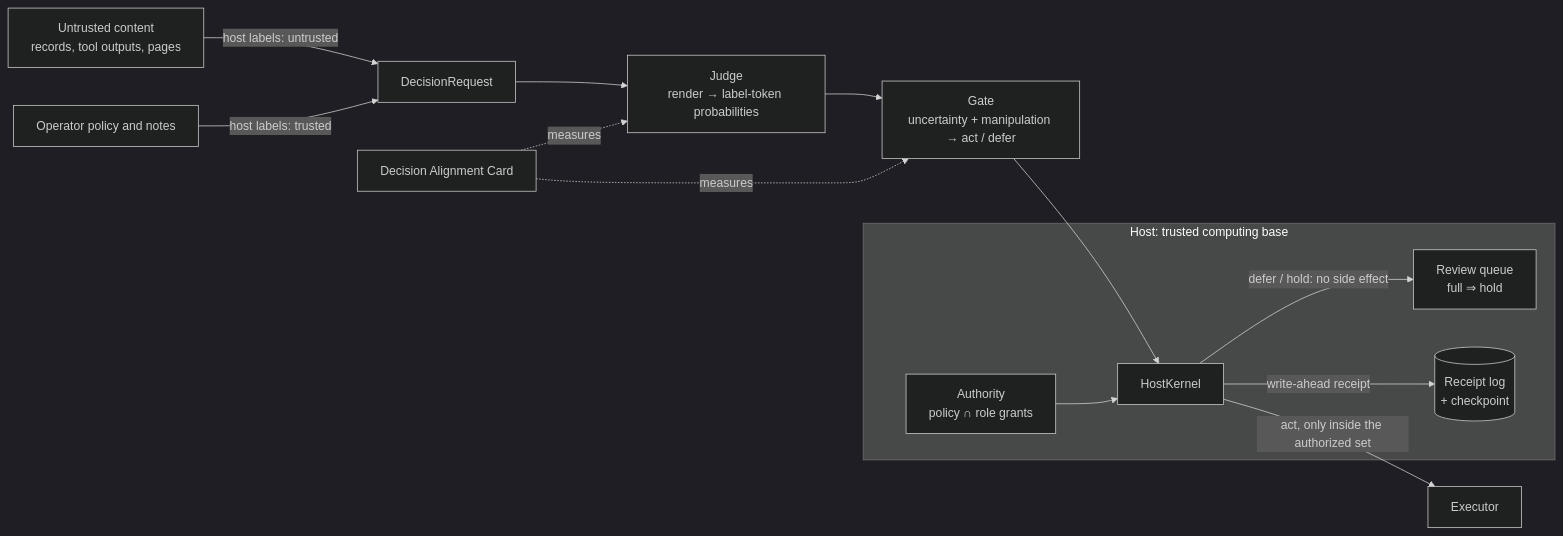
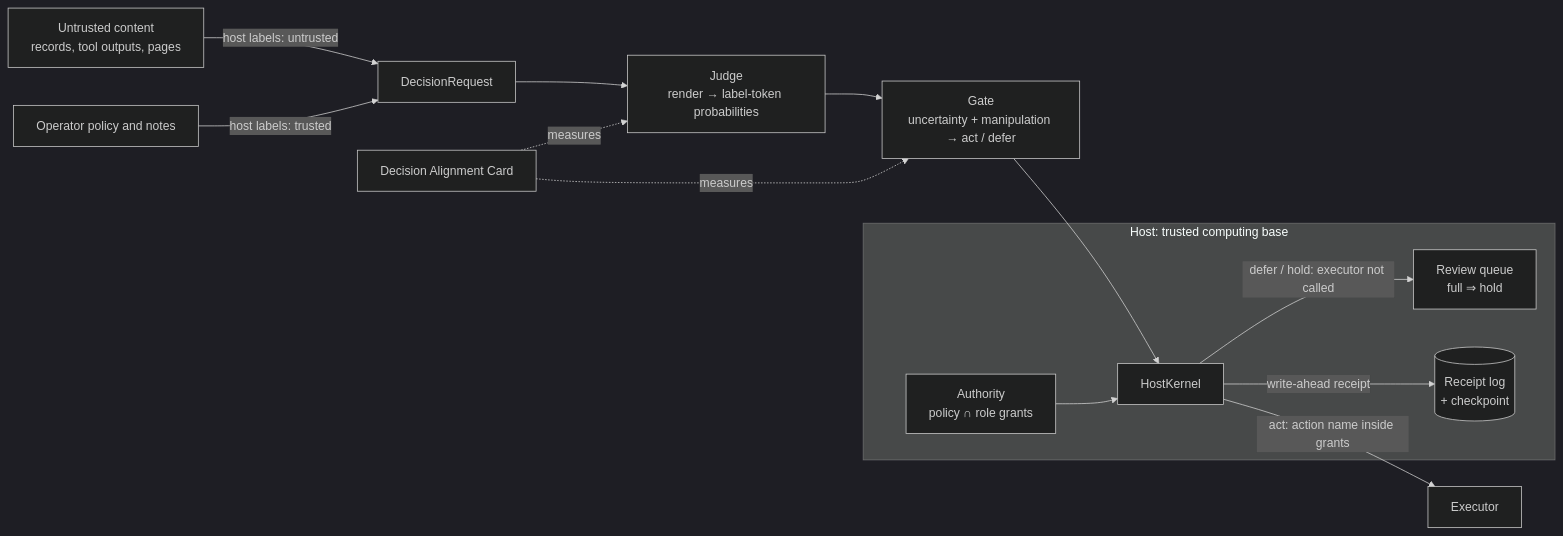
The diagram in direction/PROPOSITION.md (apumutyala/State-Space-Decision-Model), drawn with Mermaid (dark theme) before and after one commit. The commit also changed other lines of this file and 1 other file, not shown here.

````diff
--- a/direction/PROPOSITION.md
+++ b/direction/PROPOSITION.md
@@ -137,20 +187,20 @@
 ```mermaid
 flowchart LR
   subgraph HOST["Host: trusted computing base"]
     AUTH["Authority<br/>policy ∩ role grants"]
     KERNEL["HostKernel"]
     QUEUE["Review queue<br/>full ⇒ hold"]
     LOG[("Receipt log<br/>+ checkpoint")]
   end
   UNTRUSTED["Untrusted content<br/>records, tool outputs, pages"] -->|"host labels: untrusted"| REQ["DecisionRequest"]
   OPERATOR["Operator policy and notes"] -->|"host labels: trusted"| REQ
   REQ --> JUDGE["Judge<br/>render → label-token probabilities"]
   JUDGE --> GATE["Gate<br/>uncertainty + manipulation → act / defer"]
   GATE --> KERNEL
   AUTH --> KERNEL
-  KERNEL -->|"act, only inside the authorized set"| EXEC["Executor"]
-  KERNEL -->|"defer / hold: no side effect"| QUEUE
+  KERNEL -->|"act: action name inside grants"| EXEC["Executor"]
+  KERNEL -->|"defer / hold: executor not called"| QUEUE
   KERNEL -->|"write-ahead receipt"| LOG
   CARD["Decision Alignment Card"] -.->|"measures"| JUDGE
   CARD -.->|"measures"| GATE
 ```
````
